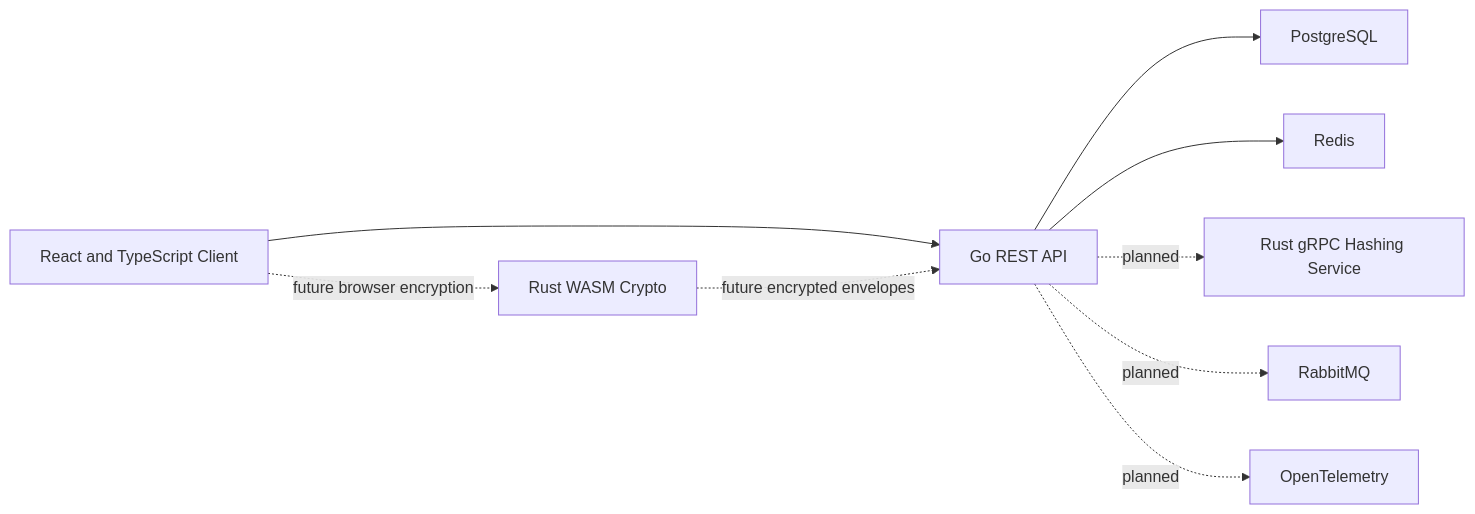
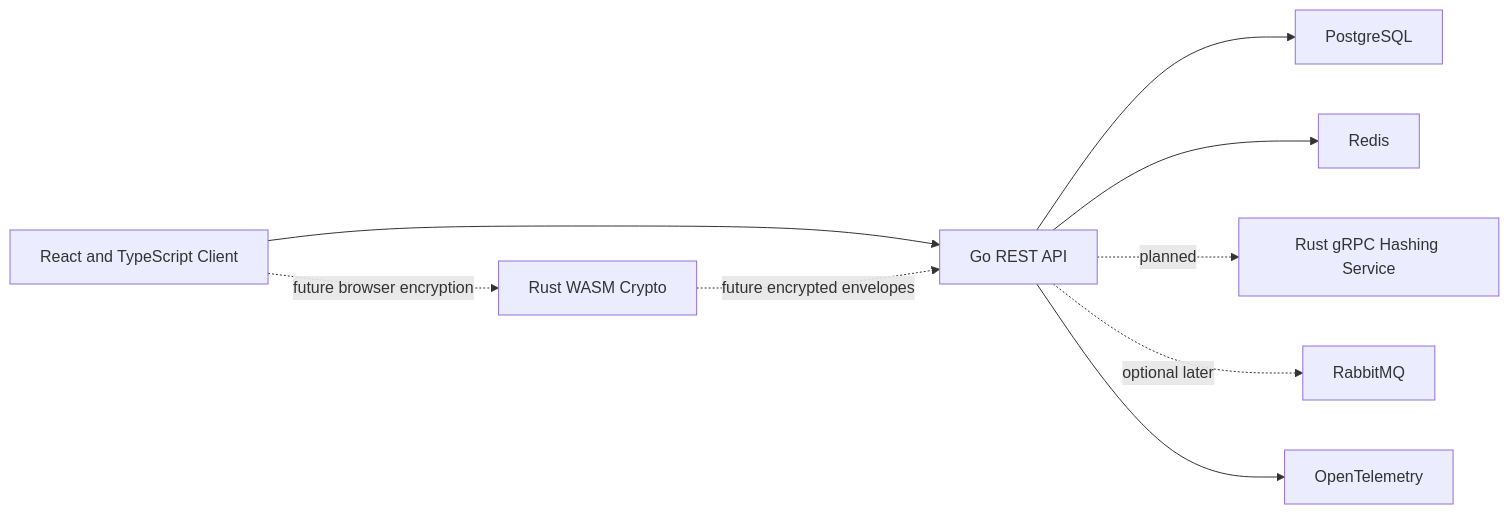
Before and after one commit to martinrgarciap/vaultforge: the diagram in README.md, drawn with Mermaid. The commit also changed other lines of this file and 23 other files, not shown here.

Commit message:
Add minimal OpenTelemetry tracing

````diff
--- a/README.md
+++ b/README.md
@@ -15,11 +15,11 @@
 ```mermaid
 graph LR
     B["React and TypeScript Client"] --> A["Go REST API"]
     A --> P["PostgreSQL"]
     A --> R["Redis"]
     B -. "future browser encryption" .-> W["Rust WASM Crypto"]
     W -. "future encrypted envelopes" .-> A
     A -. "planned" .-> H["Rust gRPC Hashing Service"]
-    A -. "planned" .-> Q["RabbitMQ"]
-    A -. "planned" .-> O["OpenTelemetry"]
+    A -. "optional later" .-> Q["RabbitMQ"]
+    A --> O["OpenTelemetry"]
 ```
````
